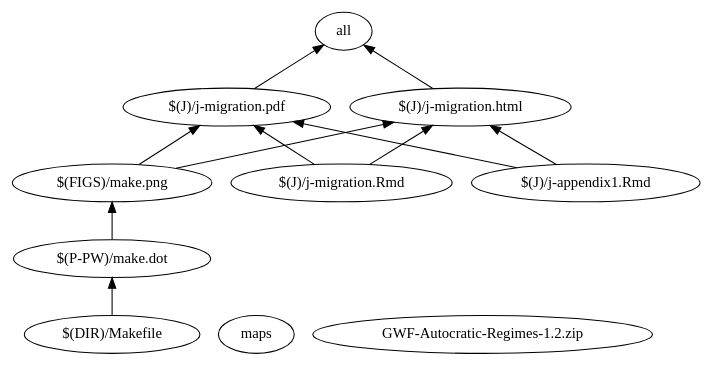
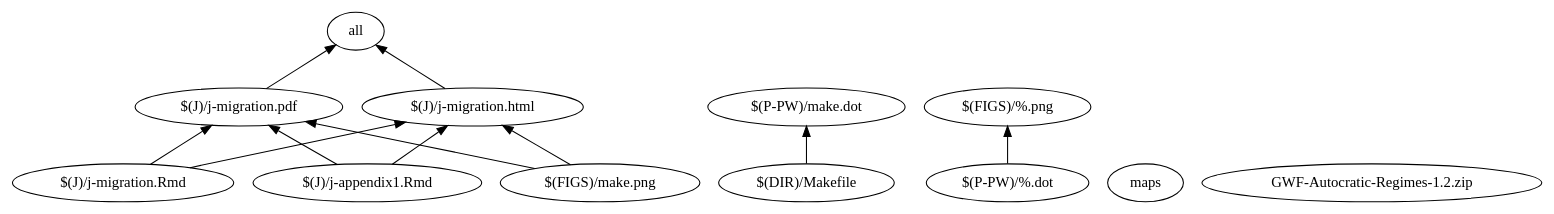
Before and after one commit to majazaloznik/vn: the diagram in data/processed/project-wide/make.dot, drawn with Graphviz. The commit also changed 4 other files, not shown here.

```diff
--- a/data/processed/project-wide/make.dot
+++ b/data/processed/project-wide/make.dot
@@ -1,20 +1,20 @@
 digraph G {
 	rankdir="BT"
 	"all"
 	"$(J)/j-migration.pdf" -> "all"
 	"$(J)/j-migration.html" -> "all"
 	"$(P-PW)/make.dot"
 	"$(DIR)/Makefile" -> "$(P-PW)/make.dot"
-	"$(FIGS)/make.png"
-	"$(P-PW)/make.dot" -> "$(FIGS)/make.png"
+	"$(FIGS)/%.png"
+	"$(P-PW)/%.dot" -> "$(FIGS)/%.png"
 	"$(J)/j-migration.html"
 	"$(J)/j-migration.Rmd" -> "$(J)/j-migration.html"
 	"$(J)/j-appendix1.Rmd" -> "$(J)/j-migration.html"
 	"$(FIGS)/make.png" -> "$(J)/j-migration.html"
 	"$(J)/j-migration.pdf"
 	"$(J)/j-migration.Rmd" -> "$(J)/j-migration.pdf"
 	"$(J)/j-appendix1.Rmd" -> "$(J)/j-migration.pdf"
 	"$(FIGS)/make.png" -> "$(J)/j-migration.pdf"
 	"maps"
 	"GWF-Autocratic-Regimes-1.2.zip"
 }
```
